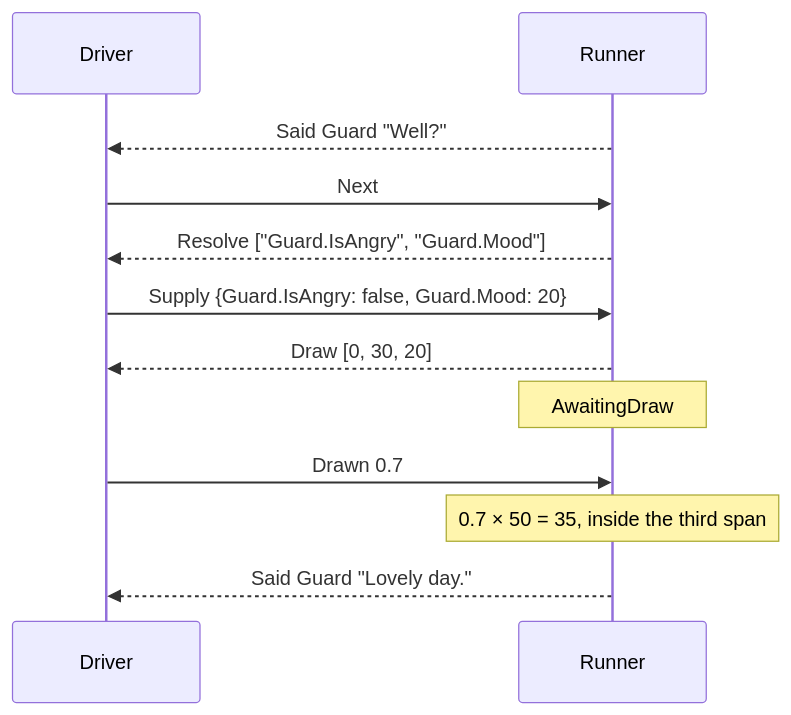
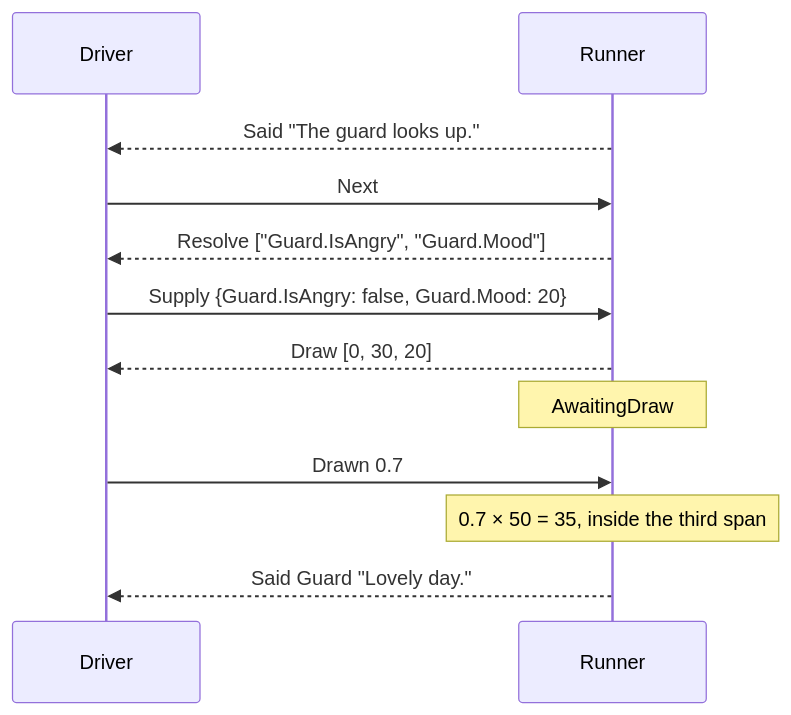
Before and after one commit to pengzhengyi/dialoguedown: the diagram in docs/contributing/design-notes/runtime/Drawing a Random Option.md, drawn with Mermaid. The commit also changed other lines of this file and 178 other files, not shown here.

````diff
--- a/docs/contributing/design-notes/runtime/Drawing a Random Option.md
+++ b/docs/contributing/design-notes/runtime/Drawing a Random Option.md
@@ -131,14 +124,14 @@
 ```mermaid
 sequenceDiagram
     participant D as Driver
     participant R as Runner
-    R-->>D: Said Guard "Well?"
+    R-->>D: Said "The guard looks up."
     D->>R: Next
     R-->>D: Resolve ["Guard.IsAngry", "Guard.Mood"]
     D->>R: Supply {Guard.IsAngry: false, Guard.Mood: 20}
     R-->>D: Draw [0, 30, 20]
     Note over R: AwaitingDraw
     D->>R: Drawn 0.7
     Note over R: 0.7 × 50 = 35, inside the third span
     R-->>D: Said Guard "Lovely day."
 ```
````
